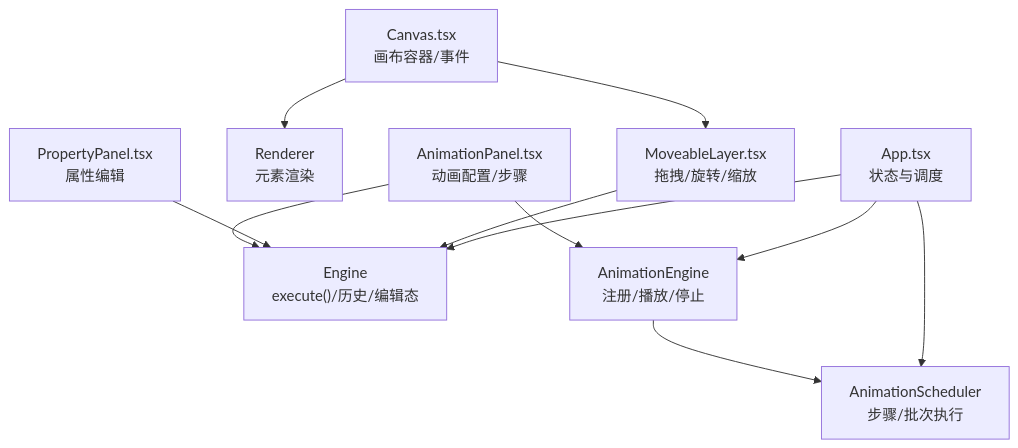
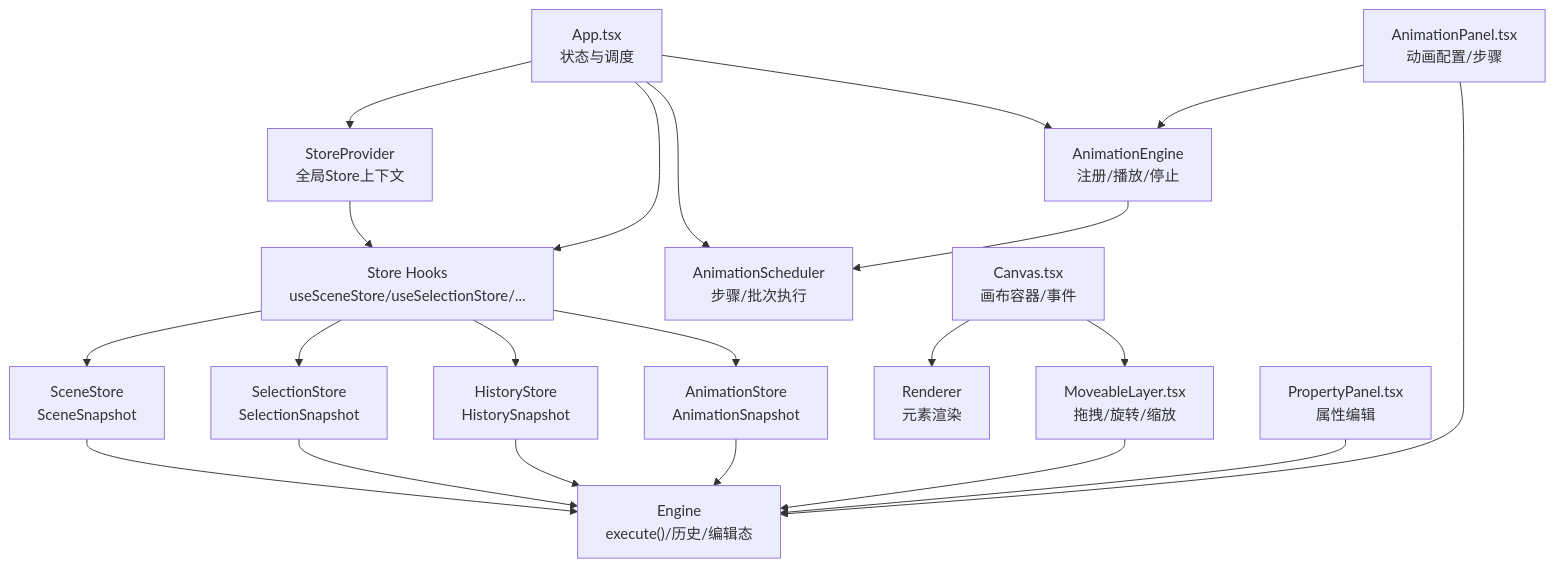
The second of 10 diagrams in .qoder/repowiki/zh/content/核心架构/组件交互.md (Anna0314zy/ai_editor_enginer), drawn with Mermaid before and after one commit. The commit also changed other lines of this file and 17 other files, not shown here.

````diff
--- a/.qoder/repowiki/zh/content/核心架构/组件交互.md
+++ b/.qoder/repowiki/zh/content/核心架构/组件交互.md
@@ -124,22 +162,38 @@
 ```mermaid
 graph TB
+STORE["StoreProvider<br/>全局Store上下文"]
+HOOKS["Store Hooks<br/>useSceneStore/useSelectionStore/..."]
+SCENESTORE["SceneStore<br/>SceneSnapshot"]
+SELSTORE["SelectionStore<br/>SelectionSnapshot"]
+HISTSTORE["HistoryStore<br/>HistorySnapshot"]
+ANIMSTORE["AnimationStore<br/>AnimationSnapshot"]
 APP["App.tsx<br/>状态与调度"]
 ENGINE["Engine<br/>execute()/历史/编辑态"]
 ANIMENG["AnimationEngine<br/>注册/播放/停止"]
 SCHED["AnimationScheduler<br/>步骤/批次执行"]
 RENDER["Renderer<br/>元素渲染"]
 CANV["Canvas.tsx<br/>画布容器/事件"]
 MOVE["MoveableLayer.tsx<br/>拖拽/旋转/缩放"]
 PROP["PropertyPanel.tsx<br/>属性编辑"]
 ANIM["AnimationPanel.tsx<br/>动画配置/步骤"]
-APP --> ENGINE
+STORE --> HOOKS
+HOOKS --> SCENESTORE
+HOOKS --> SELSTORE
+HOOKS --> HISTSTORE
+HOOKS --> ANIMSTORE
+SCENESTORE --> ENGINE
+SELSTORE --> ENGINE
+HISTSTORE --> ENGINE
+ANIMSTORE --> ENGINE
+APP --> STORE
+APP --> HOOKS
 APP --> ANIMENG
 APP --> SCHED
 CANV --> RENDER
 CANV --> MOVE
 MOVE --> ENGINE
 PROP --> ENGINE
 ANIM --> ENGINE
 ANIM --> ANIMENG
 ANIMENG --> SCHED
 ```
````
